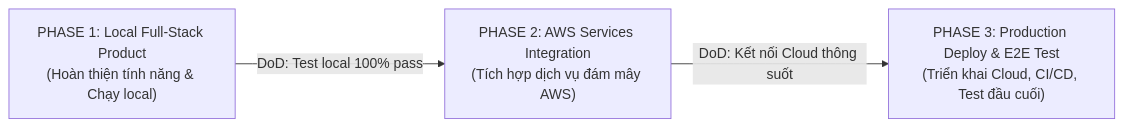
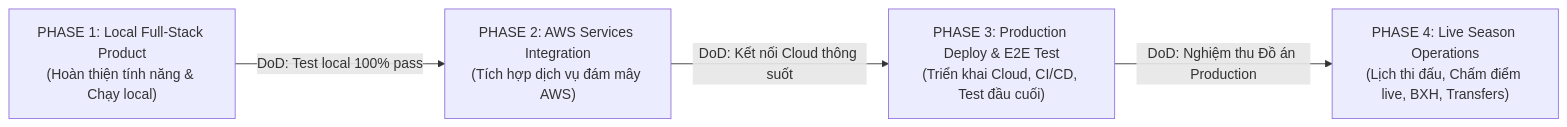
The first of 2 diagrams in PROJECT_ROADMAP.md (nguyendk0904/epl-fantasy-lineups), drawn with Mermaid before and after one commit. The commit also changed other lines of this file and 1 other file, not shown here.

Commit message:
docs: add Phase 4 Live Season Operations plan, DB architecture diagram, and task specifications

````diff
--- a/PROJECT_ROADMAP.md
+++ b/PROJECT_ROADMAP.md
@@ -18,9 +18,11 @@
 ```mermaid
 flowchart LR
     P1["PHASE 1: Local Full-Stack Product<br/>(Hoàn thiện tính năng & Chạy local)"]
     P2["PHASE 2: AWS Services Integration<br/>(Tích hợp dịch vụ đám mây AWS)"]
     P3["PHASE 3: Production Deploy & E2E Test<br/>(Triển khai Cloud, CI/CD, Test đầu cuối)"]
+    P4["PHASE 4: Live Season Operations<br/>(Lịch thi đấu, Chấm điểm live, BXH, Transfers)"]
 
     P1 -->|DoD: Test local 100% pass| P2
     P2 -->|DoD: Kết nối Cloud thông suốt| P3
+    P3 -->|DoD: Nghiệm thu Đồ án Production| P4
 ```
````
